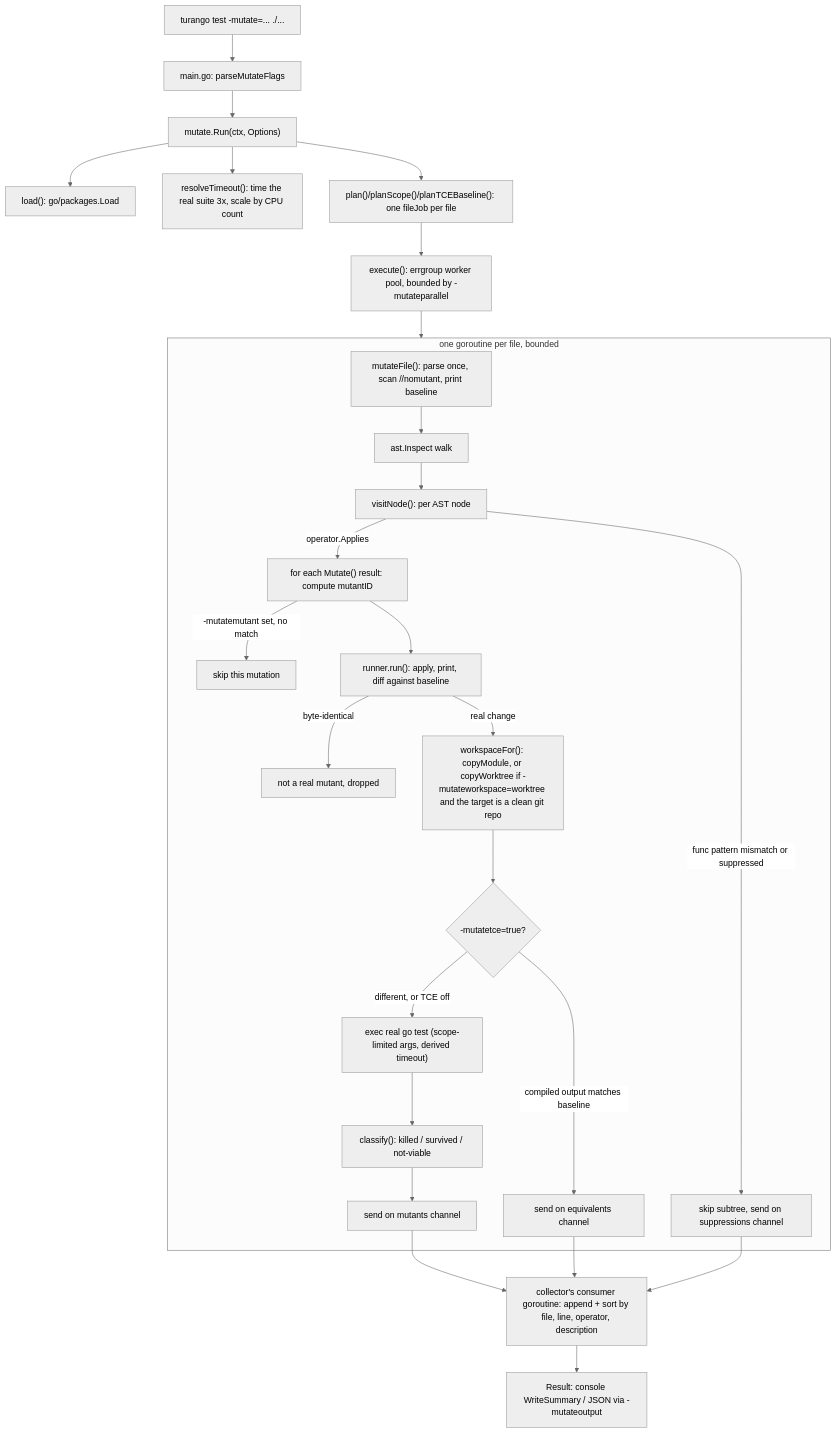
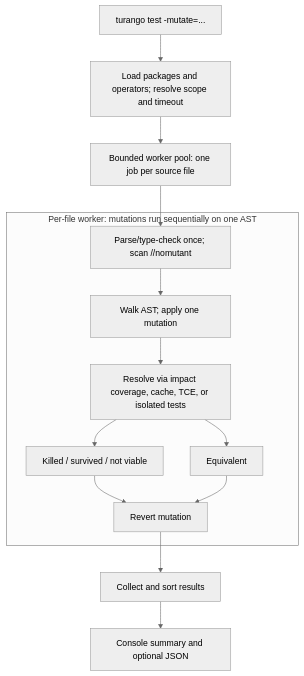
Before and after one commit to jh125486/turango: the diagram in README.md, drawn with Mermaid (neutral theme). The commit also changed other lines of this file, not shown here.

First line of the commit message:
Document mutation testing practice (#7)

````diff
--- a/README.md
+++ b/README.md
@@ -335,33 +426,18 @@
 ```mermaid
 flowchart TD
-    CLI["turango test -mutate=... ./..."] --> Parse["main.go: parseMutateFlags"]
-    Parse --> Run["mutate.Run(ctx, Options)"]
+    CLI["turango test -mutate=..."] --> Prepare["Load packages and operators; resolve scope and timeout"]
+    Prepare --> Pool["Bounded worker pool: one job per source file"]
 
-    Run --> Load["load(): go/packages.Load"]
-    Run --> Baseline["resolveTimeout(): time the real suite 3x, scale by CPU count"]
-    Run --> Plan["plan()/planScope()/planTCEBaseline(): one fileJob per file"]
-    Plan --> Pool["execute(): errgroup worker pool, bounded by -mutateparallel"]
-
-    subgraph Worker["one goroutine per file, bounded"]
-        MF["mutateFile(): parse once, scan //nomutant, print baseline"]
-        MF --> Walk["ast.Inspect walk"]
-        Walk --> VN["visitNode(): per AST node"]
-        VN -->|func pattern mismatch or suppressed| Skip["skip subtree, send on suppressions channel"]
-        VN -->|operator.Applies| Mut["for each Mutate() result: compute mutantID"]
-        Mut -->|-mutatemutant set, no match| NextMut["skip this mutation"]
-        Mut --> RR["runner.run(): apply, print, diff against baseline"]
-        RR -->|byte-identical| NoOp["not a real mutant, dropped"]
-        RR -->|real change| Copy["workspaceFor(): copyModule, or copyWorktree if -mutateworkspace=worktree and the target is a clean git repo"]
-        Copy --> TCE{"-mutatetce=true?"}
-        TCE -->|compiled output matches baseline| SendEq["send on equivalents channel"]
-        TCE -->|different, or TCE off| GoTest["exec real go test (scope-limited args, derived timeout)"]
-        GoTest --> Classify["classify(): killed / survived / not-viable"]
-        Classify --> SendMut["send on mutants channel"]
+    subgraph Worker["Per-file worker: mutations run sequentially on one AST"]
+        Parse["Parse/type-check once; scan //nomutant"] --> Mutate["Walk AST; apply one mutation"]
+        Mutate --> Resolve["Resolve via impact coverage, cache, TCE, or isolated tests"]
+        Resolve --> Verdict["Killed / survived / not viable"]
+        Resolve --> Equivalent["Equivalent"]
+        Verdict --> Revert["Revert mutation"]
+        Equivalent --> Revert
     end
 
-    Pool --> Worker
-    SendMut --> Consumer["collector's consumer goroutine: append + sort by file, line, operator, description"]
-    SendEq --> Consumer
-    Skip --> Consumer
-    Consumer --> Report["Result: console WriteSummary / JSON via -mutateoutput"]
+    Pool --> Parse
+    Revert --> Collect["Collect and sort results"]
+    Collect --> Output["Console summary and optional JSON"]
 ```
````
